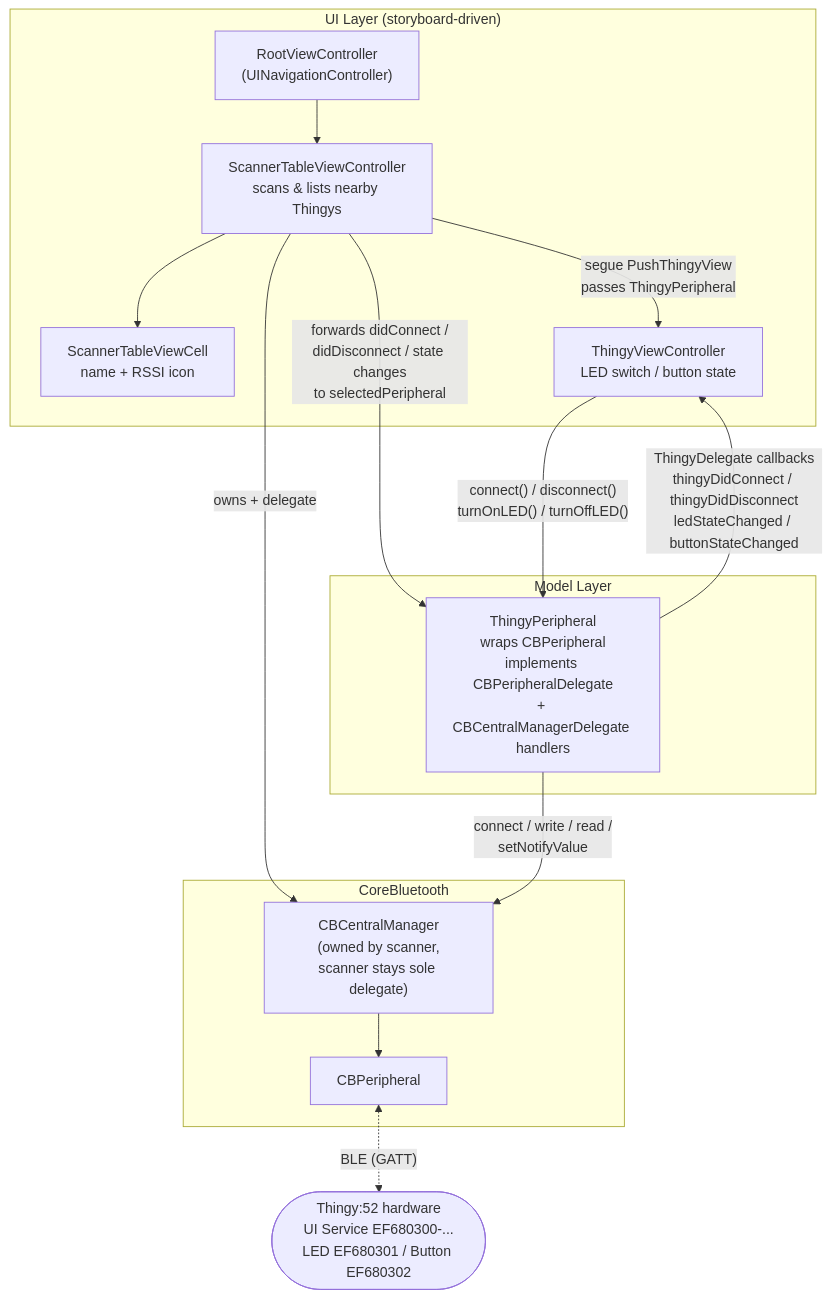
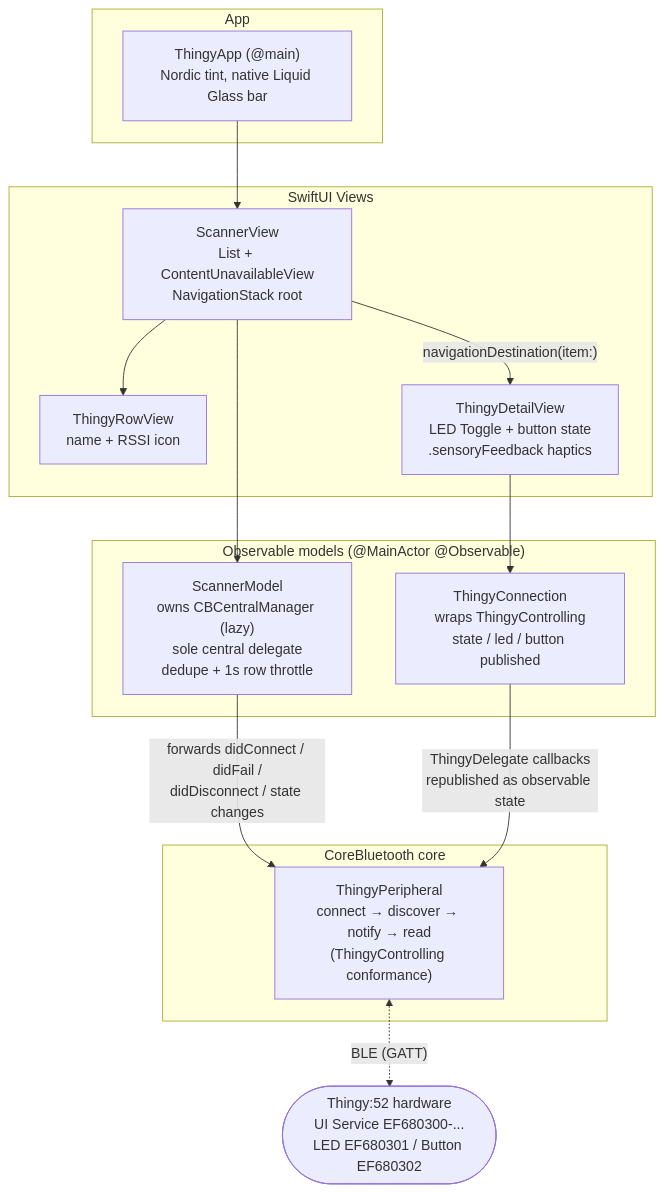
One commit to qmandev/nRFThingy52 changed the first of 2 diagrams in README.md. Above: the diagram before and after it, drawn with Mermaid. The commit also changed other lines of this file and 3 other files, not shown here.

First line of the commit message:
Phase 7: update docs for the SwiftUI architecture

````diff
--- a/README.md
+++ b/README.md
@@ -58,31 +58,28 @@
 ```mermaid
 flowchart TB
-    subgraph UI["UI Layer (storyboard-driven)"]
-        ROOT["RootViewController\n(UINavigationController)"]
-        SCAN["ScannerTableViewController\nscans & lists nearby Thingys"]
-        CELL["ScannerTableViewCell\nname + RSSI icon"]
-        DETAIL["ThingyViewController\nLED switch / button state"]
+    subgraph APP["App"]
+        MAIN["ThingyApp (@main)\nNordic tint, native Liquid Glass bar"]
     end
-
-    subgraph MODEL["Model Layer"]
-        TP["ThingyPeripheral\nwraps CBPeripheral\nimplements CBPeripheralDelegate\n+ CBCentralManagerDelegate handlers"]
+    subgraph VIEWS["SwiftUI Views"]
+        SCANV["ScannerView\nList + ContentUnavailableView\nNavigationStack root"]
+        ROWV["ThingyRowView\nname + RSSI icon"]
+        DETV["ThingyDetailView\nLED Toggle + button state\n.sensoryFeedback haptics"]
     end
-
-    subgraph CB["CoreBluetooth"]
-        CM["CBCentralManager\n(owned by scanner,\nscanner stays sole delegate)"]
-        PERIPH["CBPeripheral"]
+    subgraph MODELS["Observable models (@MainActor @Observable)"]
+        SCANVM["ScannerModel\nowns CBCentralManager (lazy)\nsole central delegate\ndedupe + 1s row throttle"]
+        DETVM["ThingyConnection\nwraps ThingyControlling\nstate / led / button published"]
     end
-
+    subgraph CORE["CoreBluetooth core"]
+        TP["ThingyPeripheral\nconnect → discover → notify → read\n(ThingyControlling conformance)"]
+    end
     THINGY(["Thingy:52 hardware\nUI Service EF680300-...\nLED EF680301 / Button EF680302"])
 
-    ROOT --> SCAN
-    SCAN --> CELL
-    SCAN -- "segue PushThingyView\npasses ThingyPeripheral" --> DETAIL
-    SCAN -- "owns + delegate" --> CM
-    SCAN -- "forwards didConnect /\ndidDisconnect / state changes\nto selectedPeripheral" --> TP
-    DETAIL -- "connect() / disconnect()\nturnOnLED() / turnOffLED()" --> TP
-    TP -- "ThingyDelegate callbacks\nthingyDidConnect / thingyDidDisconnect\nledStateChanged / buttonStateChanged" --> DETAIL
-    TP -- "connect / write / read /\nsetNotifyValue" --> CM
-    CM --> PERIPH
-    PERIPH <-. "BLE (GATT)" .-> THINGY
+    MAIN --> SCANV
+    SCANV --> ROWV
+    SCANV -- "navigationDestination(item:)" --> DETV
+    SCANV --> SCANVM
+    DETV --> DETVM
+    SCANVM -- "forwards didConnect / didFail /\ndidDisconnect / state changes" --> TP
+    DETVM -- "ThingyDelegate callbacks\nrepublished as observable state" --> TP
+    TP <-. "BLE (GATT)" .-> THINGY
 ```
````
